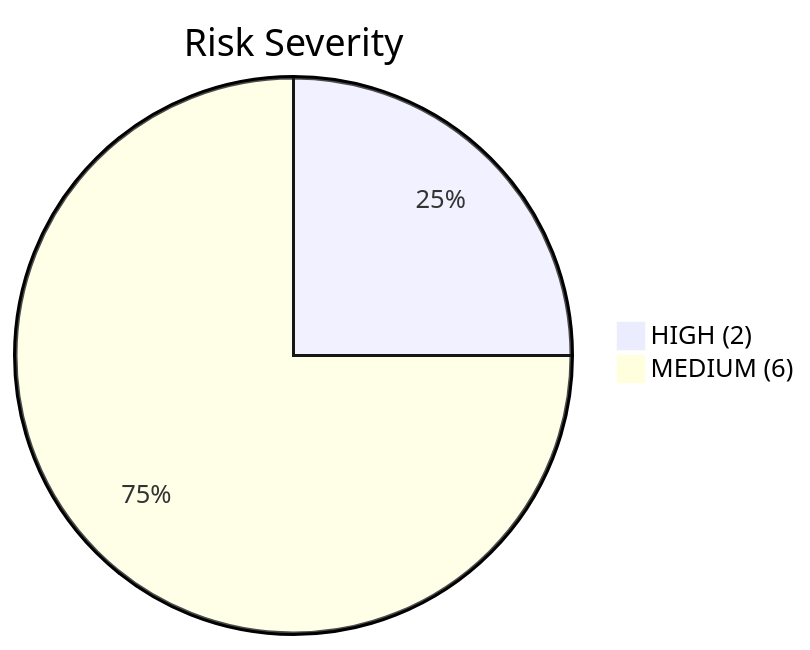
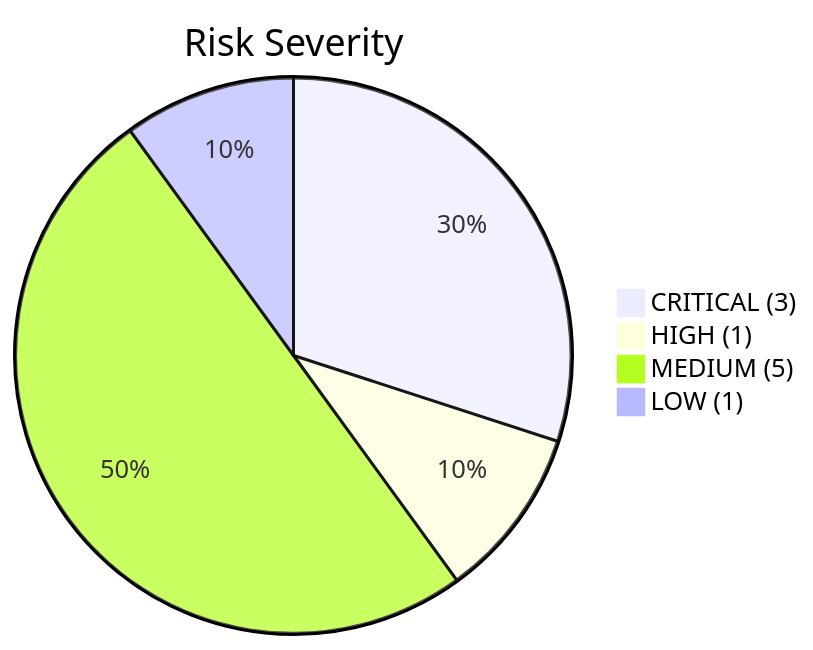
Before and after one commit to jairosoft-com/iteration_audi: diagram 11 of 13 in git_aa_dev/audit/AUDIT_2026-03-10_202500.md, drawn with Mermaid. The commit also changed other lines of this file and 3 other files, not shown here.

````diff
--- a/git_aa_dev/audit/AUDIT_2026-03-10_202500.md
+++ b/git_aa_dev/audit/AUDIT_2026-03-10_202500.md
@@ -261,5 +452,7 @@
 ```mermaid
 pie title Risk Severity
-    "HIGH (2)" : 2
-    "MEDIUM (6)" : 6
+    "CRITICAL (3)" : 3
+    "HIGH (1)" : 1
+    "MEDIUM (5)" : 5
+    "LOW (1)" : 1
 ```
````
